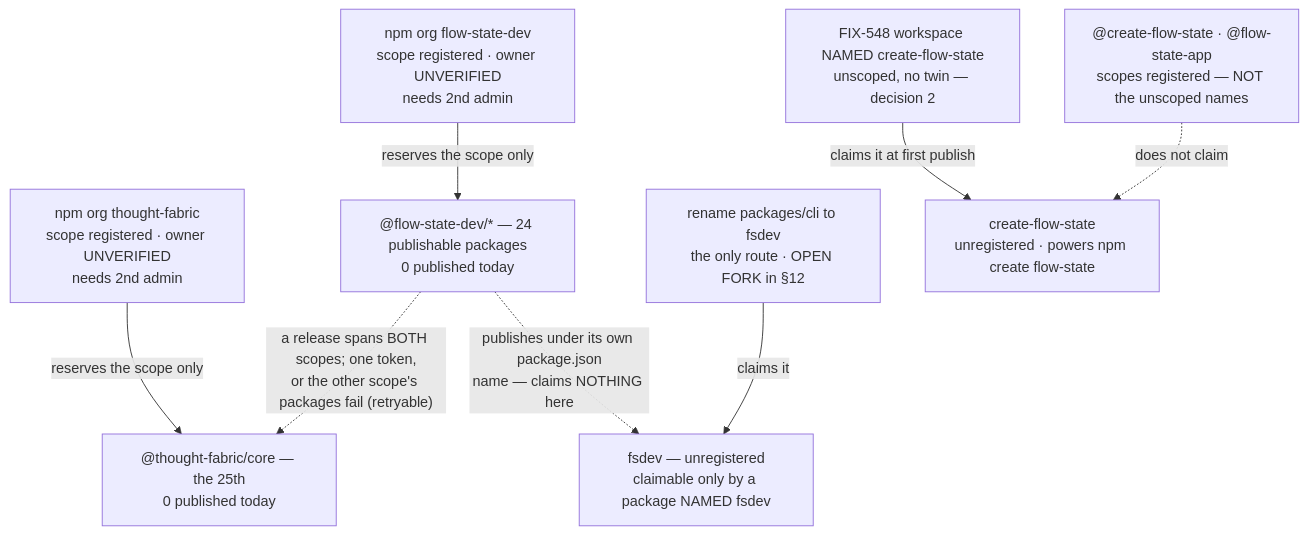
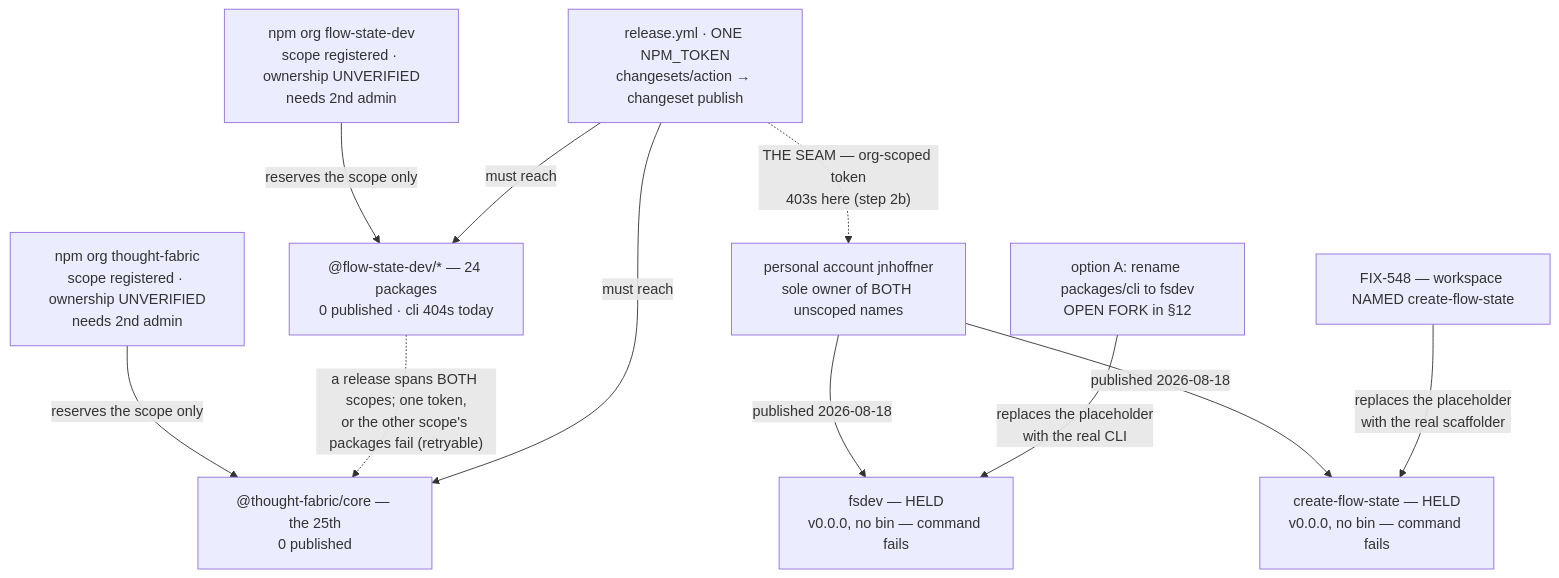
The diagram in spec/FIX-1162.md (fixpoint-labs/flow-state-dev), drawn with Mermaid before and after one commit. The commit also changed other lines of this file, not shown here.

````diff
--- a/spec/FIX-1162.md
+++ b/spec/FIX-1162.md
@@ -195,12 +154,20 @@
 ```mermaid
 flowchart TD
-  ORG["npm org flow-state-dev<br/>scope registered · owner UNVERIFIED<br/>needs 2nd admin"]
-  ORG2["npm org thought-fabric<br/>scope registered · owner UNVERIFIED<br/>needs 2nd admin"]
-  ORG -->|"reserves the scope only"| SCOPED["@flow-state-dev/* — 24 publishable packages<br/>0 published today"]
-  ORG2 -->|"reserves the scope only"| TF["@thought-fabric/core — the 25th<br/>0 published today"]
+  ORG["npm org flow-state-dev<br/>scope registered · ownership UNVERIFIED<br/>needs 2nd admin"]
+  ORG2["npm org thought-fabric<br/>scope registered · ownership UNVERIFIED<br/>needs 2nd admin"]
+  ORG -->|"reserves the scope only"| SCOPED["@flow-state-dev/* — 24 packages<br/>0 published · cli 404s today"]
+  ORG2 -->|"reserves the scope only"| TF["@thought-fabric/core — the 25th<br/>0 published"]
   SCOPED -.->|"a release spans BOTH scopes; one token,<br/>or the other scope's packages fail (retryable)"| TF
-  SCOPED -.->|"publishes under its own package.json<br/>name — claims NOTHING here"| FSDEV["fsdev — unregistered<br/>claimable only by a package NAMED fsdev"]
-  RENAME["rename packages/cli to fsdev<br/>the only route · OPEN FORK in §12"] -->|"claims it"| FSDEV
-  CREATE548["FIX-548 workspace NAMED create-flow-state<br/>unscoped, no twin — decision 2"] -->|"claims it at first publish"| CREATE["create-flow-state<br/>unregistered · powers npm create flow-state"]
-  HELD["@create-flow-state · @flow-state-app<br/>scopes registered — NOT the unscoped names"] -.->|"does not claim"| CREATE
+
+  ACCT["personal account jnhoffner<br/>sole owner of BOTH unscoped names"]
+  ACCT -->|"published 2026-08-18"| FSDEV["fsdev — HELD<br/>v0.0.0, no bin — command fails"]
+  ACCT -->|"published 2026-08-18"| CREATE["create-flow-state — HELD<br/>v0.0.0, no bin — command fails"]
+
+  TOKEN["release.yml · ONE NPM_TOKEN<br/>changesets/action → changeset publish"]
+  TOKEN -->|"must reach"| SCOPED
+  TOKEN -->|"must reach"| TF
+  TOKEN -.->|"THE SEAM — org-scoped token<br/>403s here (step 2b)"| ACCT
+
+  RENAME["option A: rename packages/cli to fsdev<br/>OPEN FORK in §12"] -->|"replaces the placeholder<br/>with the real CLI"| FSDEV
+  S548["FIX-548 — workspace NAMED create-flow-state"] -->|"replaces the placeholder<br/>with the real scaffolder"| CREATE
 ```
````
